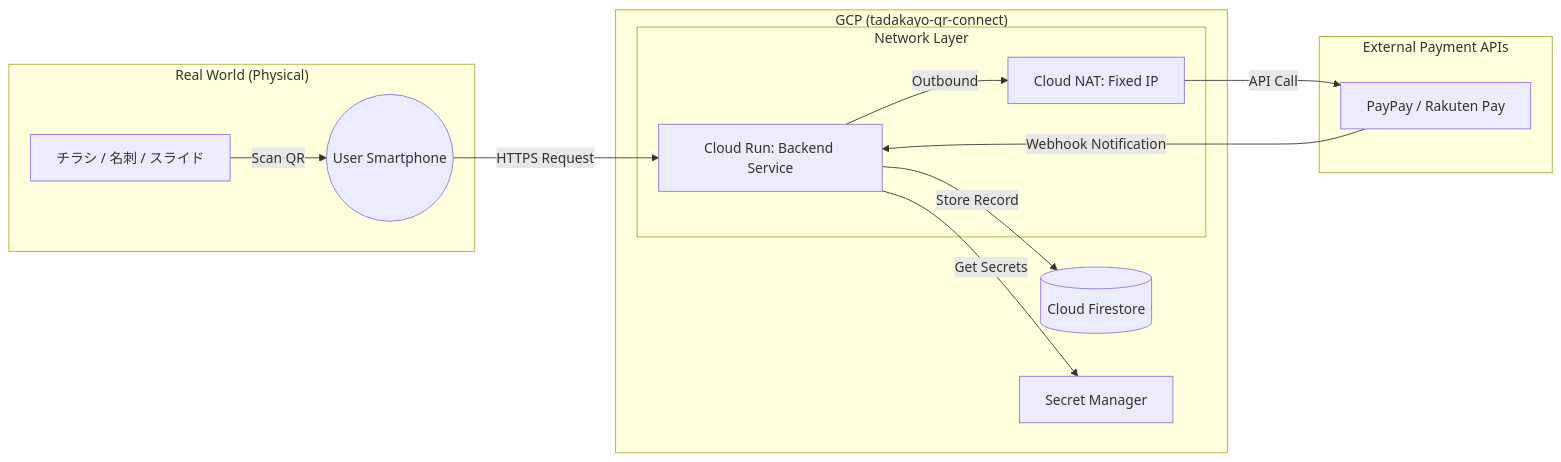
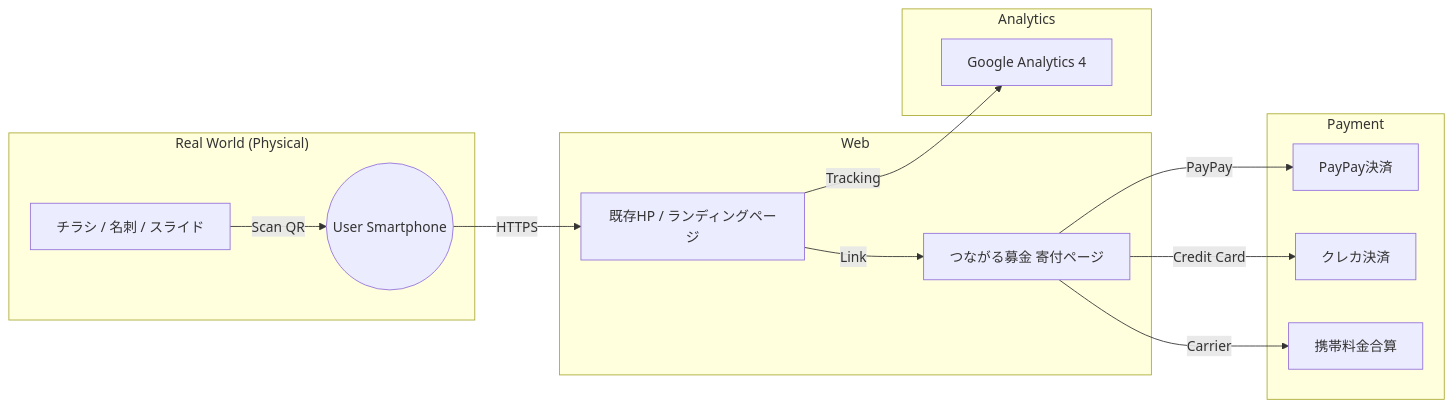
One commit to yasushi-honda-prog/tadakayo-qr-charity-connect changed the diagram in docs/architecture.md. Above: the diagram before and after it, drawn with Mermaid. The commit also changed other lines of this file and 7 other files, not shown here.

````diff
--- a/docs/architecture.md
+++ b/docs/architecture.md
@@ -6,21 +6,21 @@
 ```mermaid
 graph LR
     subgraph "Real World (Physical)"
         A[チラシ / 名刺 / スライド] -- Scan QR --> B((User Smartphone))
     end
 
-    subgraph "GCP (tadakayo-qr-connect)"
-        B -- HTTPS Request --> C[Cloud Run: Backend Service]
-        C -- Store Record --> D[(Cloud Firestore)]
-        C -- Get Secrets --> E[Secret Manager]
-
-        subgraph "Network Layer"
-            C -- Outbound --> F[Cloud NAT: Fixed IP]
-        end
+    subgraph "Web"
+        B -- HTTPS --> C[既存HP / ランディングページ]
+        C -- Link --> D[つながる募金 寄付ページ]
     end
 
-    subgraph "External Payment APIs"
-        F -- API Call --> G[PayPay / Rakuten Pay]
-        G -- Webhook Notification --> C
+    subgraph "Payment"
+        D -- PayPay --> E[PayPay決済]
+        D -- Credit Card --> F[クレカ決済]
+        D -- Carrier --> G[携帯料金合算]
+    end
+
+    subgraph "Analytics"
+        C -- Tracking --> H[Google Analytics 4]
     end
 ```
````
